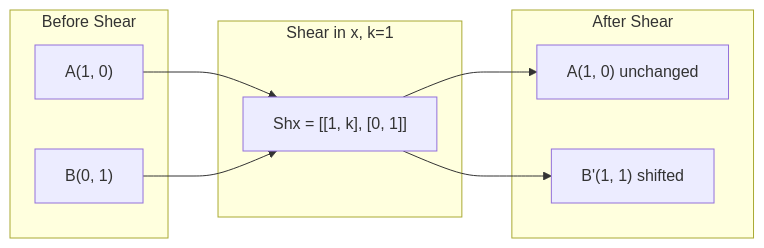
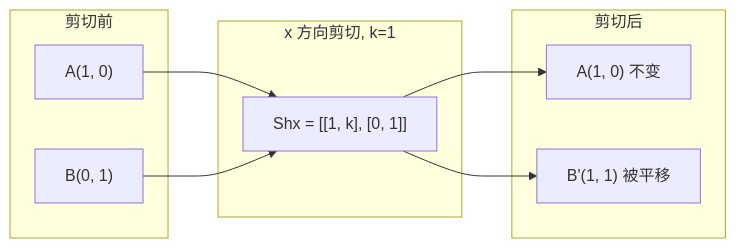
Before and after one commit to alessandrodinisio-ai/ai-engineering-learning-framework: the fourth of 7 diagrams in phases/01-math-foundations/03-matrix-transformations/docs/zh.md, drawn with Mermaid. The commit also changed other lines of this file and 120 other files, not shown here.

First line of the commit message:
i18n(mermaid): 337 个 mermaid 图表标签中文化

````diff
--- a/phases/01-math-foundations/03-matrix-transformations/docs/zh.md
+++ b/phases/01-math-foundations/03-matrix-transformations/docs/zh.md
@@ -108,16 +108,16 @@
 ```mermaid
 graph LR
-    subgraph Before["Before Shear"]
+    subgraph Before["剪切前"]
         A["A(1, 0)"]
         B["B(0, 1)"]
     end
-    subgraph Shear["Shear in x, k=1"]
+    subgraph Shear["x 方向剪切, k=1"]
         Sh["Shx = [[1, k], [0, 1]]"]
     end
-    subgraph After["After Shear"]
-        Ap["A(1, 0) unchanged"]
-        Bp["B'(1, 1) shifted"]
+    subgraph After["剪切后"]
+        Ap["A(1, 0) 不变"]
+        Bp["B'(1, 1) 被平移"]
     end
     A --> Sh --> Ap
     B --> Sh --> Bp
 ```
````
